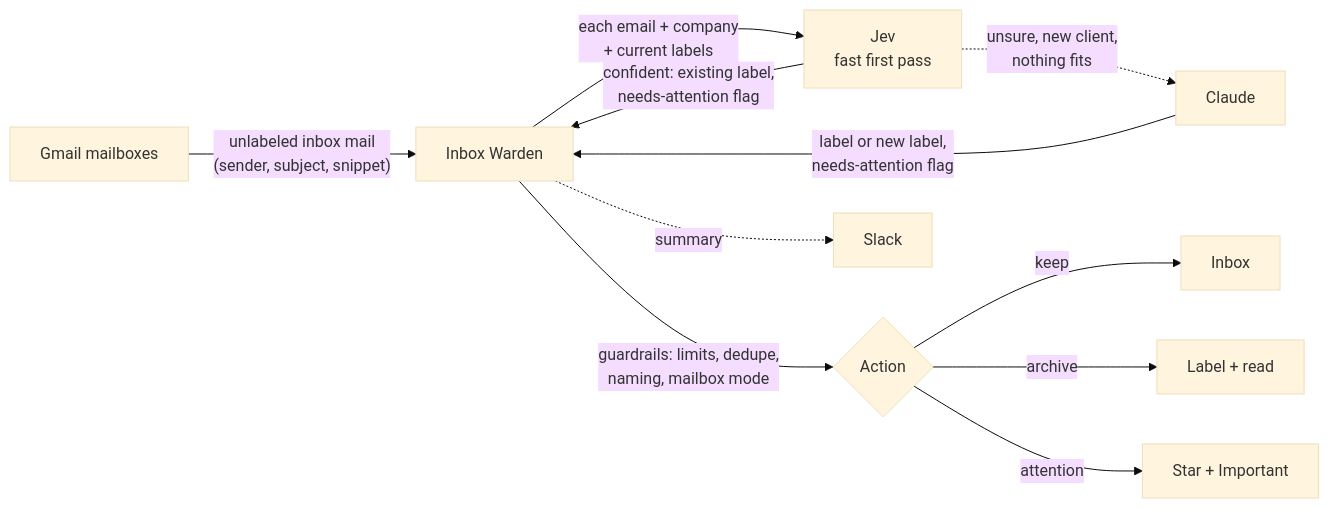
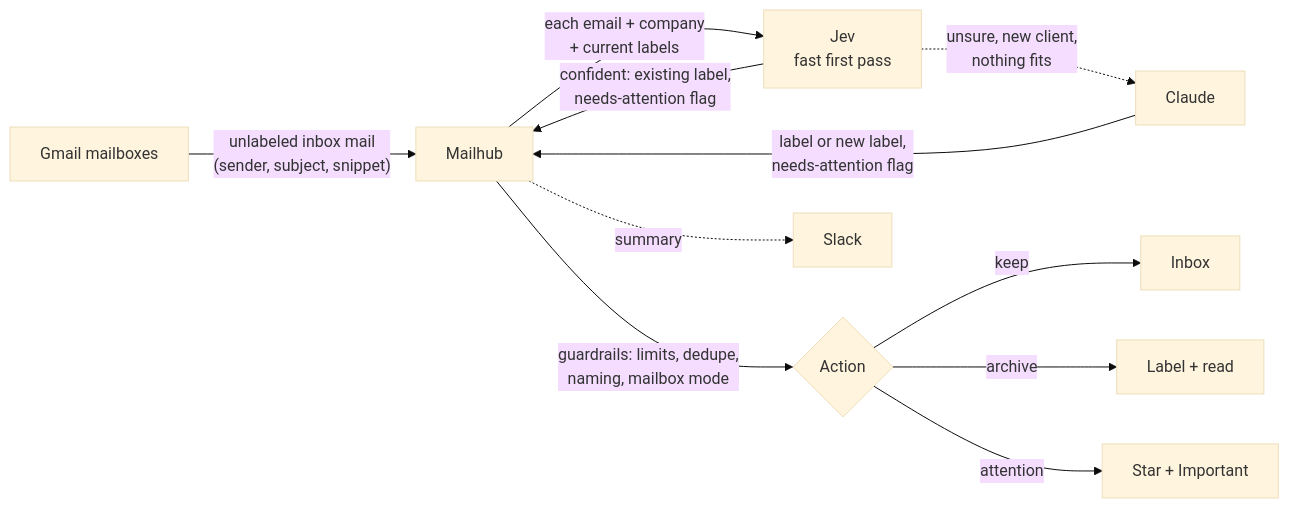
One commit to IshanVats-6/inbox-warden changed the diagram in README.md. Above: the diagram before and after it, drawn with Mermaid (base theme). The commit also changed other lines of this file and 47 other files, not shown here.

First line of the commit message:
Rename Inbox Warden to Mailhub

````diff
--- a/README.md
+++ b/README.md
@@ -98,13 +98,13 @@
 ```mermaid
 flowchart LR
-    A["Gmail mailboxes"] -->|"unlabeled inbox mail<br>(sender, subject, snippet)"| B["Inbox Warden"]
+    A["Gmail mailboxes"] -->|"unlabeled inbox mail<br>(sender, subject, snippet)"| B["Mailhub"]
     B -->|"each email + company<br>+ current labels"| J["Jev<br>fast first pass"]
     J -->|"confident: existing label,<br>needs-attention flag"| B
     J -.->|"unsure, new client,<br>nothing fits"| C["Claude"]
     C -->|"label or new label,<br>needs-attention flag"| B
     B -->|"guardrails: limits, dedupe,<br>naming, mailbox mode"| D{"Action"}
     D -->|"keep"| E["Inbox"]
     D -->|"archive"| F["Label + read"]
     D -->|"attention"| G["Star + Important"]
     B -.->|"summary"| H["Slack"]
 ```
````
